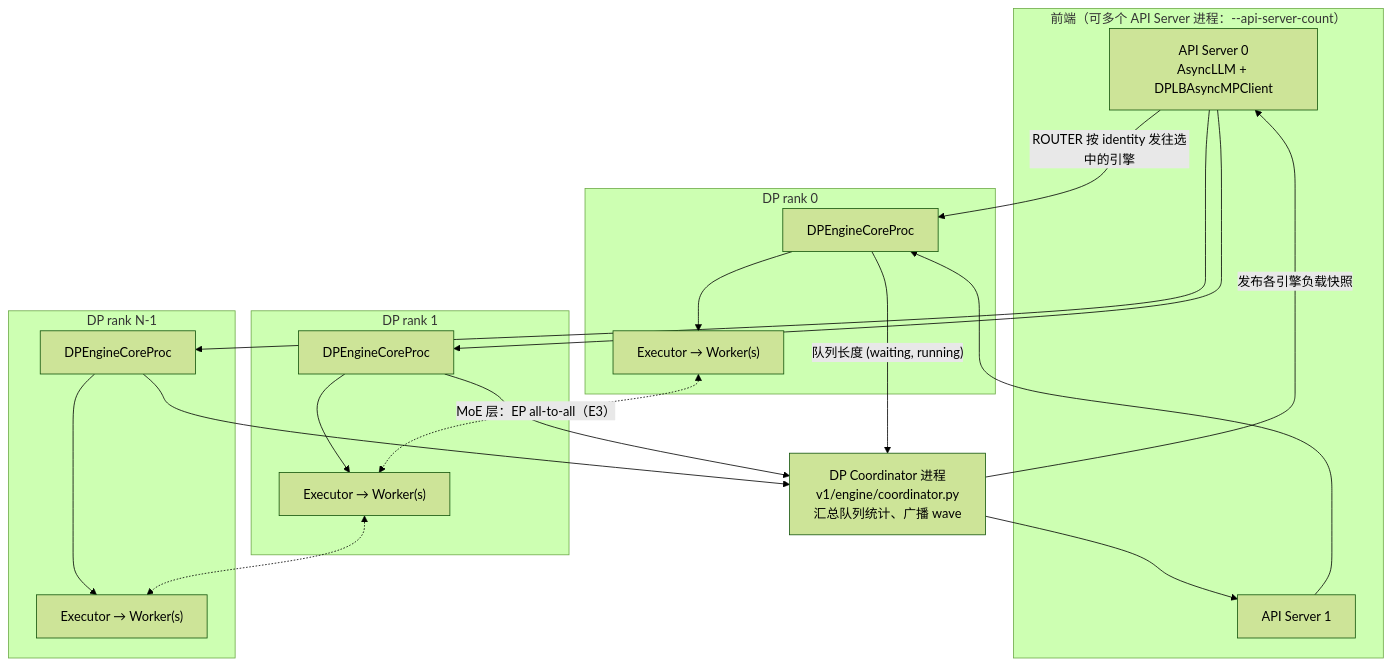
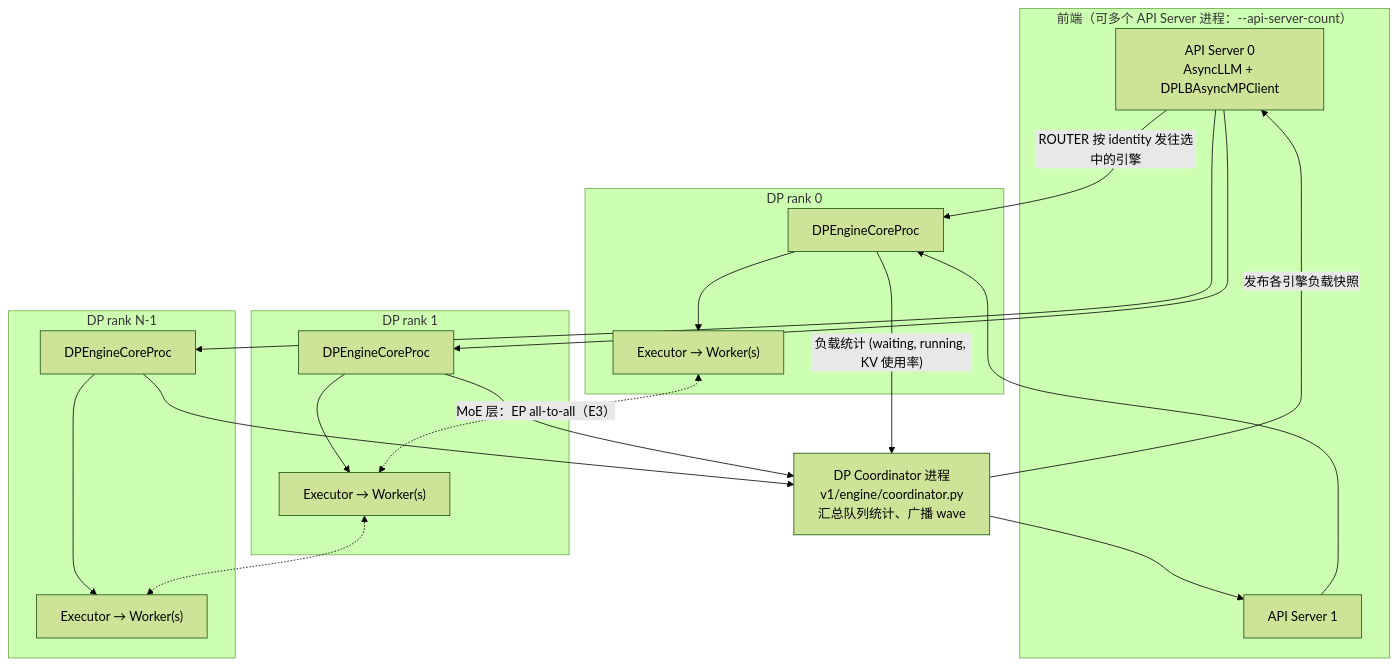
Before and after one commit to Wedsonlin/vllm_code: the diagram in course/revised/diagrams-src/E1/E1-fig1.mmd, drawn with Mermaid (forest theme). The commit also changed 36 other files, not shown here.

Commit message:
course: audit diagrams against vLLM v0.30.0; follow-up text fixes

```diff
--- a/course/revised/diagrams-src/E1/E1-fig1.mmd
+++ b/course/revised/diagrams-src/E1/E1-fig1.mmd
@@ -1,26 +1,26 @@
 flowchart TB
   subgraph FE["前端（可多个 API Server 进程：--api-server-count）"]
     API1["API Server 0<br/>AsyncLLM + DPLBAsyncMPClient"]
     API2["API Server 1"]
   end
   COORD["DP Coordinator 进程<br/>v1/engine/coordinator.py<br/>汇总队列统计、广播 wave"]
   subgraph E0["DP rank 0"]
     EC0["DPEngineCoreProc"] --> W0["Executor → Worker(s)"]
   end
   subgraph E1["DP rank 1"]
     EC1["DPEngineCoreProc"] --> W1["Executor → Worker(s)"]
   end
   subgraph E2["DP rank N-1"]
     EC2["DPEngineCoreProc"] --> W2["Executor → Worker(s)"]
   end
   API1 -- "ROUTER 按 identity 发往选中的引擎" --> EC0
   API1 --> EC1
   API1 --> EC2
   API2 --> EC0
-  EC0 -- "队列长度 (waiting, running)" --> COORD
+  EC0 -- "负载统计 (waiting, running, KV 使用率)" --> COORD
   EC1 --> COORD
   EC2 --> COORD
   COORD -- "发布各引擎负载快照" --> API1
   COORD --> API2
   W0 <-. "MoE 层：EP all-to-all（E3）" .-> W1
   W1 <-.-> W2
```
